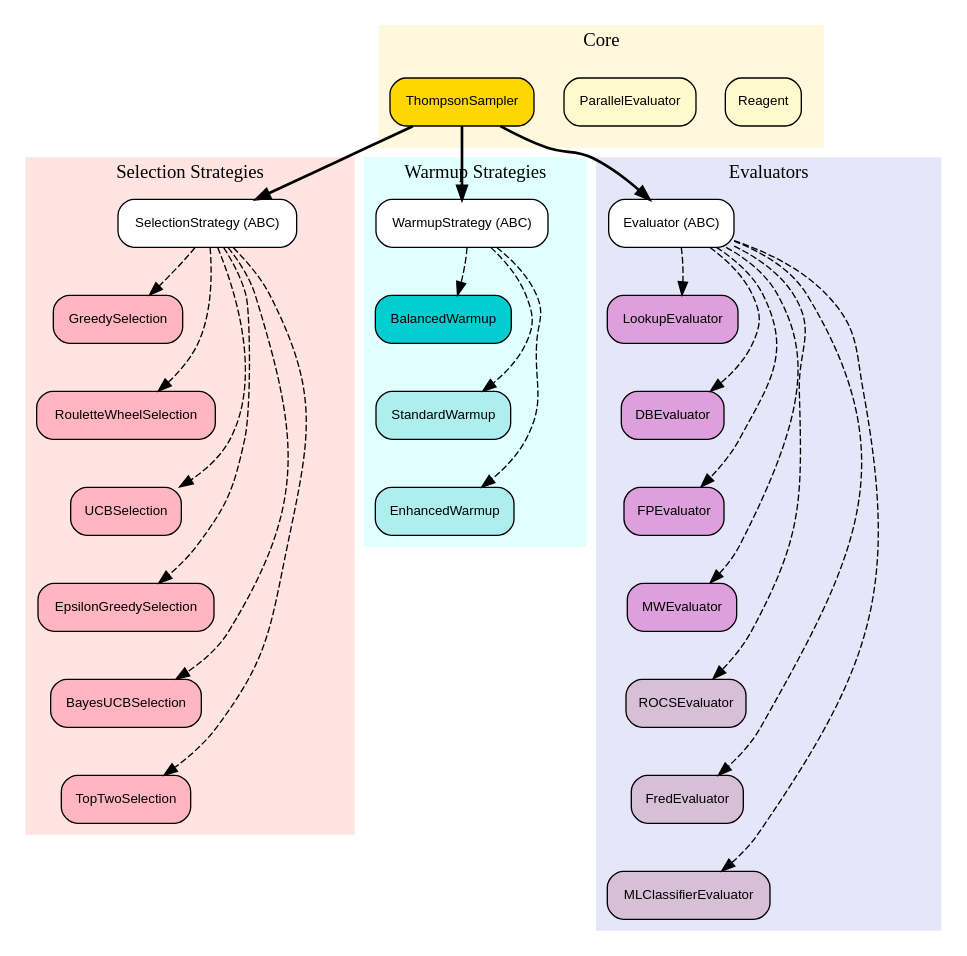
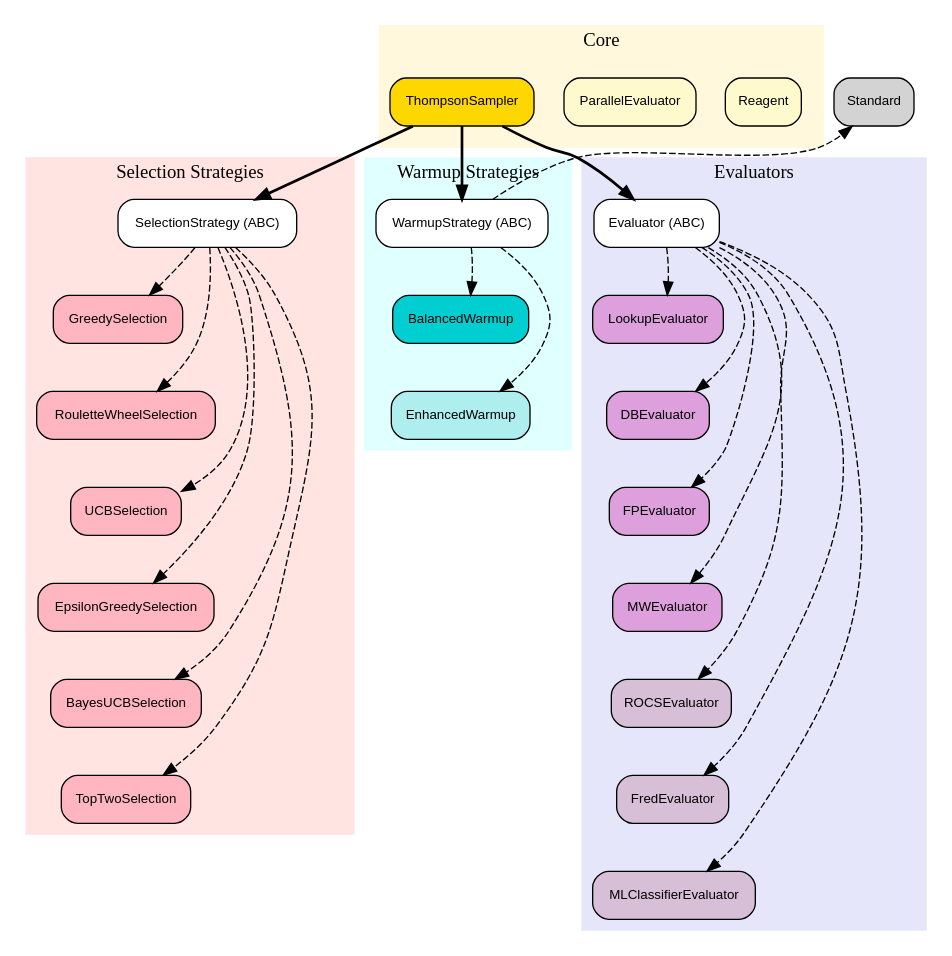
One commit to aakankschit/TACTICS changed the first of 4 diagrams in docs/source/thompson_sampling.rst. Above: the diagram before and after it, drawn with Graphviz. The commit also changed other lines of this file and 11 other files, not shown here.

```diff
--- a/docs/source/thompson_sampling.rst
+++ b/docs/source/thompson_sampling.rst
@@ -72,13 +72,11 @@
 
             BaseWarmup [label="WarmupStrategy (ABC)", fillcolor="white"];
             Balanced [label="BalancedWarmup", fillcolor="#00CED1"];
-            Standard [label="StandardWarmup", fillcolor="#AFEEEE"];
             Enhanced [label="EnhancedWarmup", fillcolor="#AFEEEE"];
             
             // Force vertical
             BaseWarmup -> Balanced [style=invis];
-            Balanced -> Standard [style=invis];
-            Standard -> Enhanced [style=invis];
+            Balanced -> Enhanced [style=invis];
         }
 
         // Evaluators - vertical list
```
